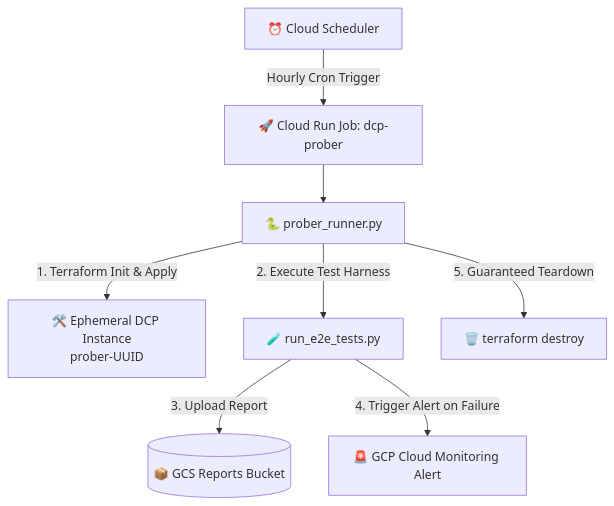
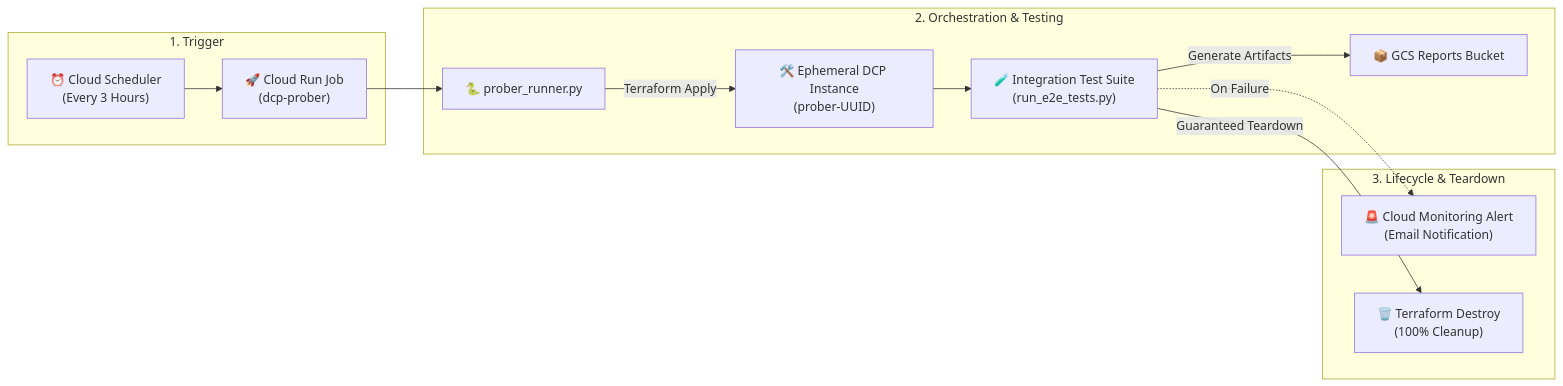
Before and after one commit to datacommonsorg/datacommons: the diagram in tests/integration/prober/README.md, drawn with Mermaid. The commit also changed other lines of this file, not shown here.

Commit message:
docs(prober): polish README with horizontal architecture diagram, resource links, and streamlined instructions

````diff
--- a/tests/integration/prober/README.md
+++ b/tests/integration/prober/README.md
@@ -11,10 +11,18 @@
 ```mermaid
-flowchart TD
-    CS[⏰ Cloud Scheduler] -->|Hourly Cron Trigger| CRJ[🚀 Cloud Run Job: dcp-prober]
-    CRJ --> PR[🐍 prober_runner.py]
-    PR -->|1. Terraform Init & Apply| TF[🛠️ Ephemeral DCP Instance\nprober-UUID]
-    PR -->|2. Execute Test Harness| E2E[🧪 run_e2e_tests.py]
-    E2E -->|3. Upload Report| GCS[(📦 GCS Reports Bucket)]
-    E2E -->|4. Trigger Alert on Failure| MON[🚨 GCP Cloud Monitoring Alert]
-    PR -->|5. Guaranteed Teardown| TFD[🗑️ terraform destroy]
+flowchart LR
+    subgraph Trigger ["1. Trigger"]
+        CS["⏰ Cloud Scheduler<br/>(Every 3 Hours)"] --> CRJ["🚀 Cloud Run Job<br/>(dcp-prober)"]
+    end
+
+    subgraph Execution ["2. Orchestration & Testing"]
+        CRJ --> PR["🐍 prober_runner.py"]
+        PR -->|Terraform Apply| TF["🛠️ Ephemeral DCP Instance<br/>(prober-UUID)"]
+        TF --> E2E["🧪 Integration Test Suite<br/>(run_e2e_tests.py)"]
+        E2E -->|Generate Artifacts| GCS["📦 GCS Reports Bucket"]
+    end
+
+    subgraph Teardown ["3. Lifecycle & Teardown"]
+        E2E -.->|On Failure| MON["🚨 Cloud Monitoring Alert<br/>(Email Notification)"]
+        E2E -->|Guaranteed Teardown| TFD["🗑️ Terraform Destroy<br/>(100% Cleanup)"]
+    end
 ```
````
